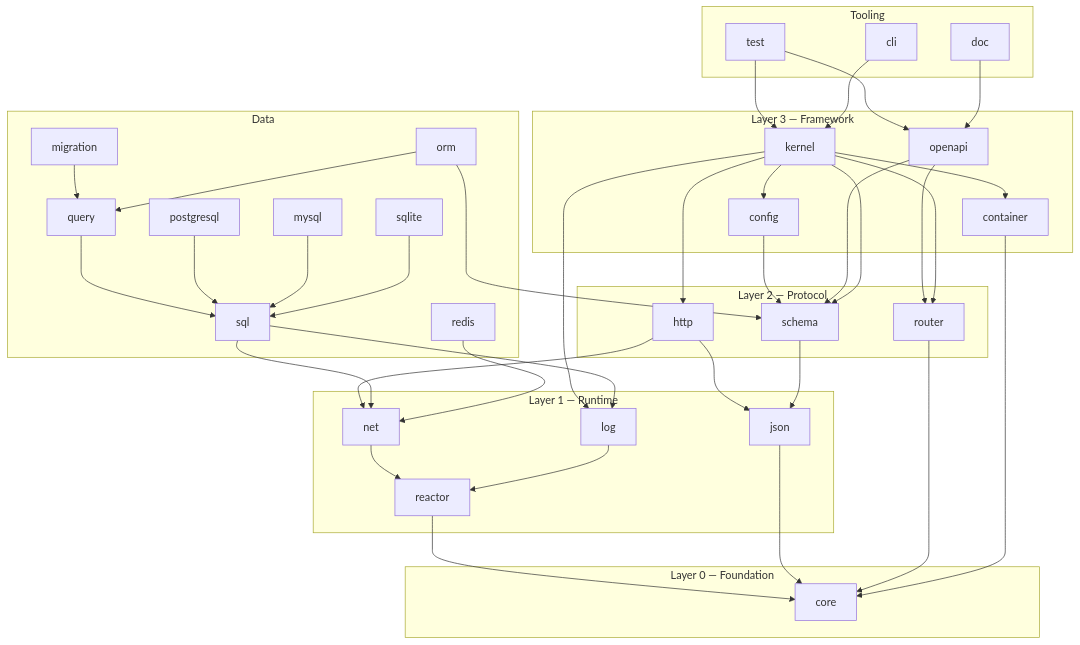
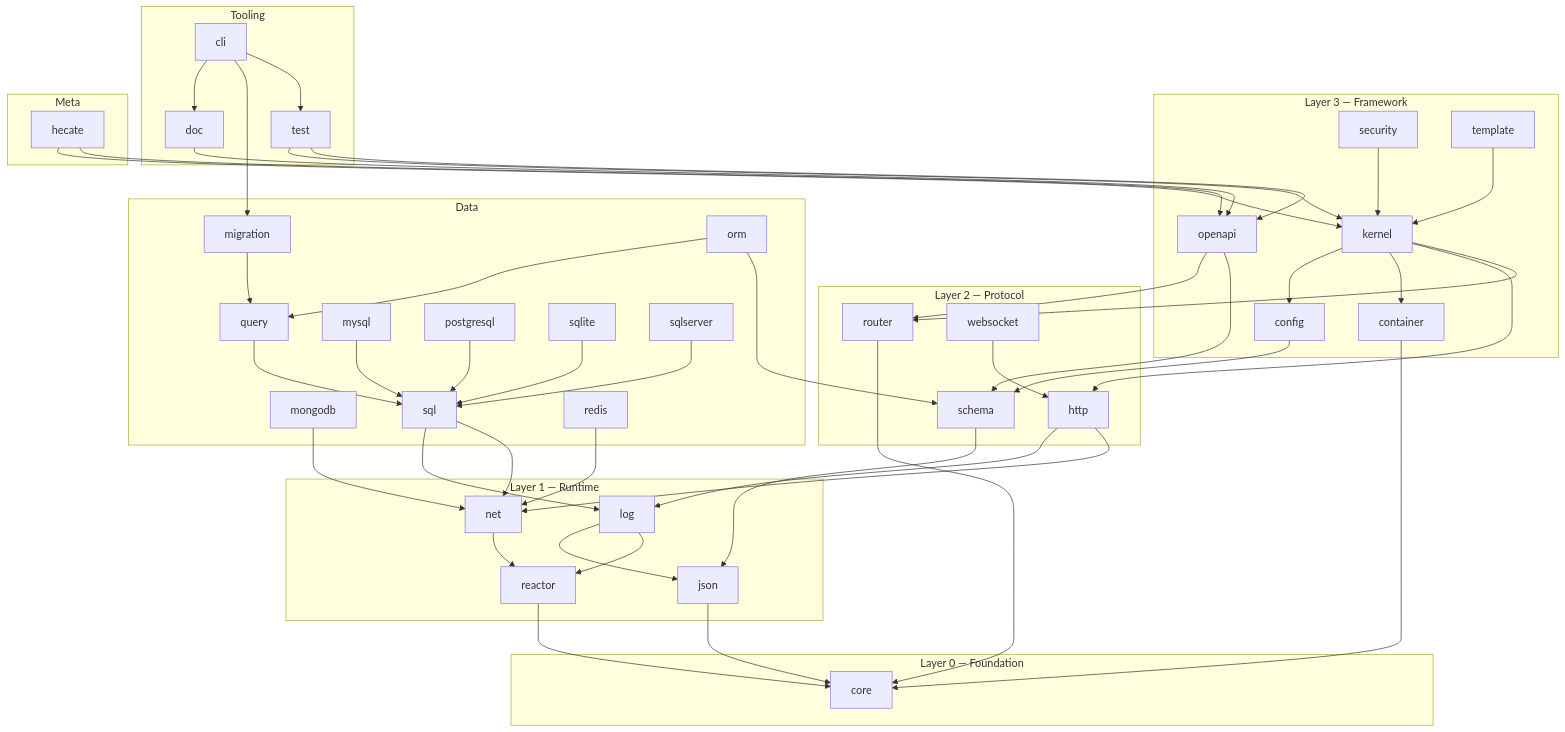
One commit to hecate-framework/hecate changed the first of 2 diagrams in docs/architecture/overview.md. Above: the diagram before and after it, drawn with Mermaid. The commit also changed other lines of this file and 6 other files, not shown here.

First line of the commit message:
feat(tools): gen-dependency-graph task

````diff
--- a/docs/architecture/overview.md
+++ b/docs/architecture/overview.md
@@ -9,48 +10,58 @@
 ```mermaid
 flowchart TB
   subgraph L0[Layer 0 — Foundation]
     core
   end
   subgraph L1[Layer 1 — Runtime]
+    json --> core
+    log --> json
+    log --> reactor
+    net --> reactor
     reactor --> core
-    net --> reactor
-    json --> core
-    log --> reactor
   end
   subgraph L2[Layer 2 — Protocol]
+    http --> log
     http --> net
-    http --> json
+    router --> core
     schema --> json
-    router --> core
+    websocket --> http
   end
   subgraph L3[Layer 3 — Framework]
+    config --> schema
     container --> core
-    config --> schema
-    openapi --> schema
-    openapi --> router
+    kernel --> config
+    kernel --> container
     kernel --> http
     kernel --> router
-    kernel --> schema
-    kernel --> container
-    kernel --> config
-    kernel --> log
+    openapi --> router
+    openapi --> schema
+    security --> kernel
+    template --> kernel
   end
   subgraph D[Data]
-    sql --> net
-    sql --> log
-    query --> sql
-    postgresql --> sql
+    migration --> query
+    mongodb --> net
     mysql --> sql
-    sqlite --> sql
-    redis --> net
-    migration --> query
     orm --> query
     orm --> schema
+    postgresql --> sql
+    query --> sql
+    redis --> net
+    sql --> log
+    sql --> net
+    sqlite --> sql
+    sqlserver --> sql
   end
   subgraph T[Tooling]
+    cli --> doc
+    cli --> migration
+    cli --> test
+    doc --> openapi
     test --> kernel
     test --> openapi
-    doc --> openapi
-    cli --> kernel
+  end
+  subgraph M[Meta]
+    hecate --> kernel
+    hecate --> openapi
   end
 ```
````
